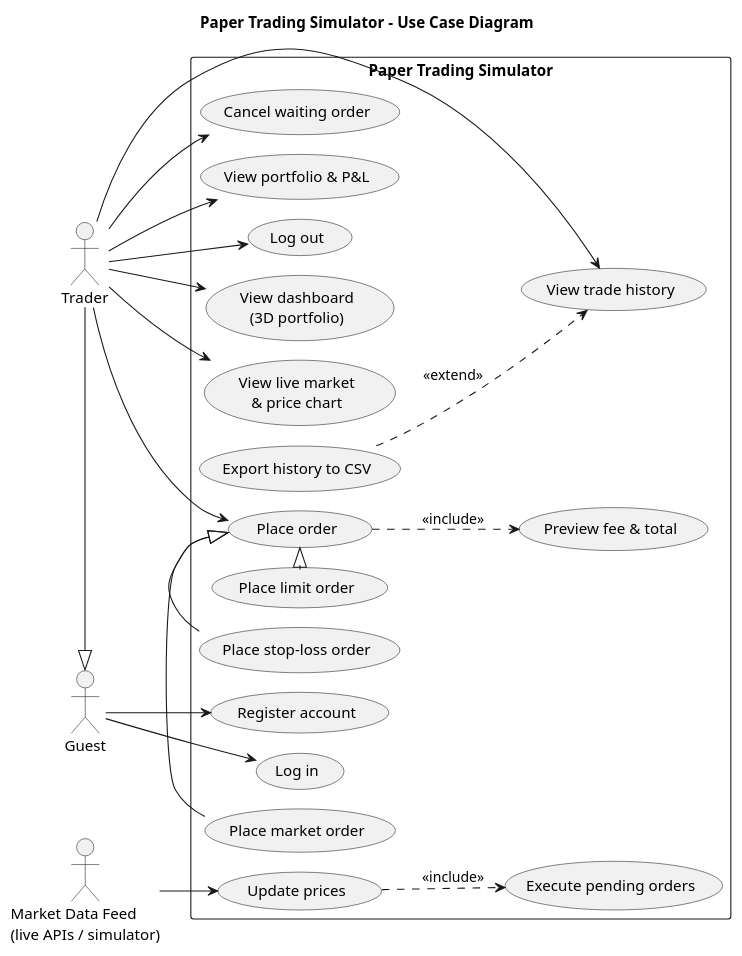
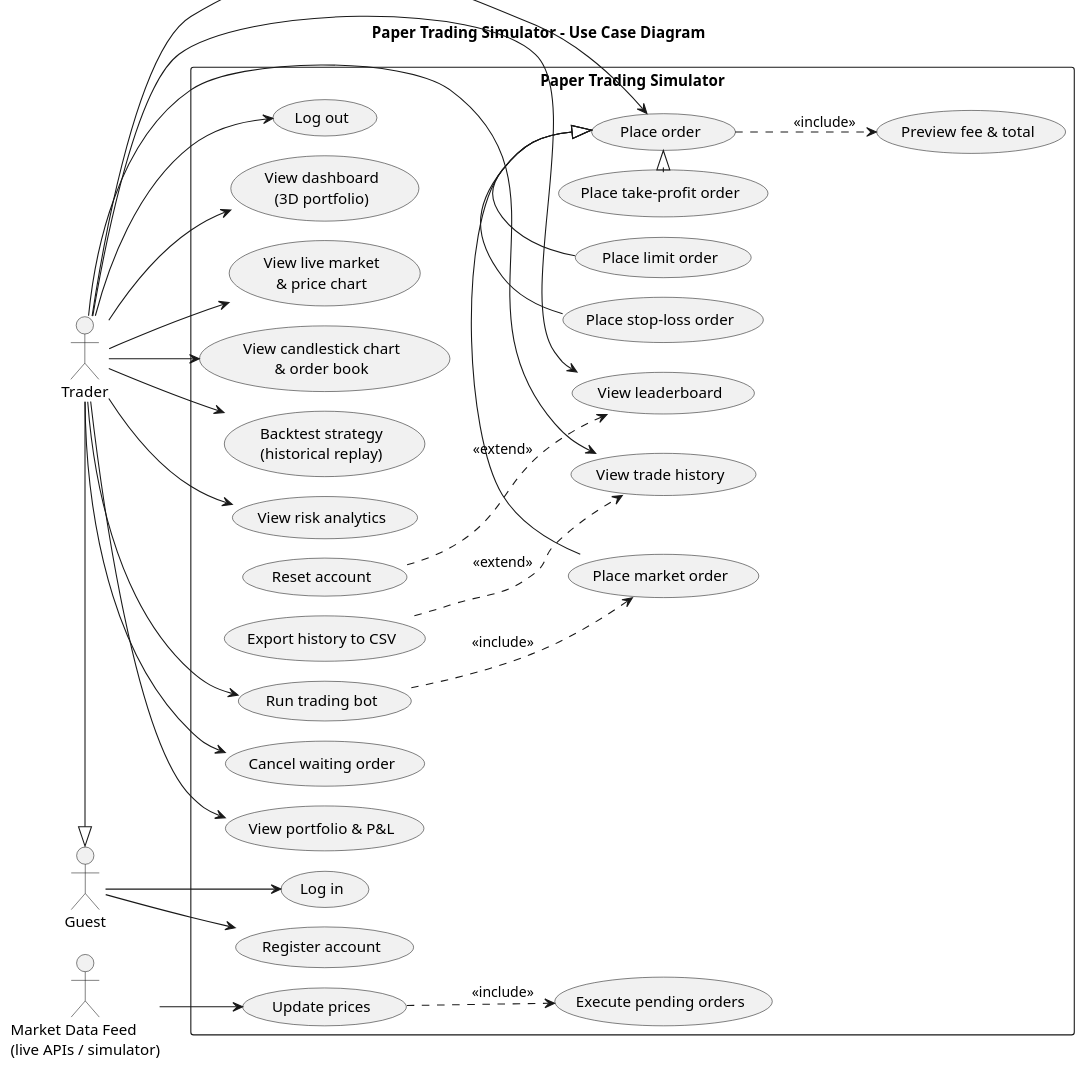
The diagram in docs/uml/use-case-diagram.puml (Aarav471471/Finance-paper-trading-simulator), drawn with PlantUML before and after one commit. The commit also changed 22 other files, not shown here.

First line of the commit message:
Spiral loop 6: update SRS, UML, docs and screenshots for the new features

```diff
--- a/docs/uml/use-case-diagram.puml
+++ b/docs/uml/use-case-diagram.puml
@@ -1,47 +1,62 @@
 @startuml use-case-diagram
 !pragma layout smetana
 title Paper Trading Simulator - Use Case Diagram
 left to right direction
 skinparam shadowing false
 actor Trader
 actor "Guest" as Guest
 actor "Market Data Feed\n(live APIs / simulator)" as Clock
 
 rectangle "Paper Trading Simulator" {
   usecase "Register account" as UC1
   usecase "Log in" as UC2
   usecase "Log out" as UC3
   usecase "View dashboard\n(3D portfolio)" as UC4
   usecase "View live market\n& price chart" as UC5
   usecase "Place order" as UC6
   usecase "Place market order" as UC6a
   usecase "Place limit order" as UC6b
   usecase "Place stop-loss order" as UC6c
+  usecase "Place take-profit order" as UC6d
+  usecase "View candlestick chart\n& order book" as UC14
+  usecase "Backtest strategy\n(historical replay)" as UC15
+  usecase "View risk analytics" as UC16
+  usecase "Run trading bot" as UC17
+  usecase "View leaderboard" as UC18
+  usecase "Reset account" as UC19
   usecase "Preview fee & total" as UC7
   usecase "Cancel waiting order" as UC8
   usecase "View portfolio & P&L" as UC9
   usecase "View trade history" as UC10
   usecase "Export history to CSV" as UC11
   usecase "Update prices" as UC12
   usecase "Execute pending orders" as UC13
 }
 
 Guest --> UC1
 Guest --> UC2
 Trader --> UC3
 Trader --> UC4
 Trader --> UC5
 Trader --> UC6
 Trader --> UC8
 Trader --> UC9
 Trader --> UC10
+Trader --> UC14
+Trader --> UC15
+Trader --> UC16
+Trader --> UC17
+Trader --> UC18
+UC19 ..> UC18 : <<extend>>
+UC17 ..> UC6a : <<include>>
+UC6d -|> UC6
 Clock --> UC12
 
 UC6a -|> UC6
 UC6b -|> UC6
 UC6c -|> UC6
 UC6 ..> UC7 : <<include>>
 UC11 ..> UC10 : <<extend>>
 UC12 ..> UC13 : <<include>>
 Trader -|> Guest
 @enduml
```
